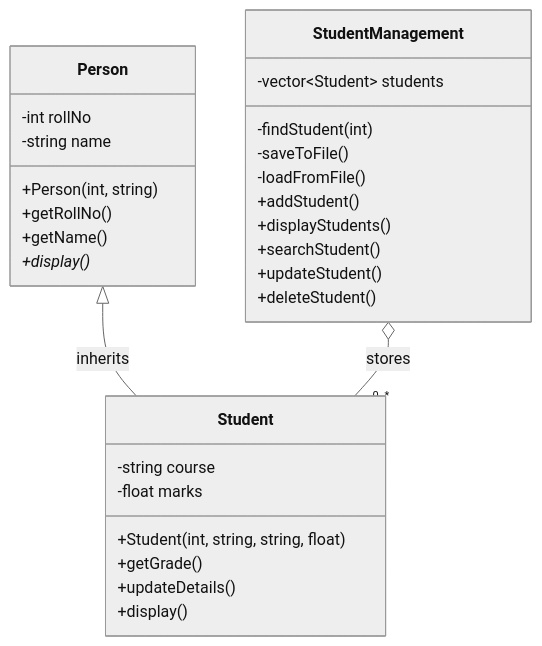
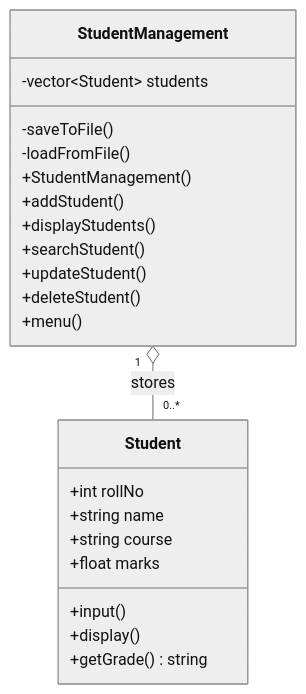
One commit to TED-GUSINGE/Student-Management-System changed the diagram in docs/class-diagram.mmd. Above: the diagram before and after it, drawn with Mermaid (neutral theme).

Commit message:
docs: correct class diagram for original source

```diff
--- a/docs/class-diagram.mmd
+++ b/docs/class-diagram.mmd
@@ -1,33 +1,25 @@
 classDiagram
-    class Person {
-        -int rollNo
-        -string name
-        +Person(int, string)
-        +getRollNo()
-        +getName()
-        +display()*
-    }
-
     class Student {
-        -string course
-        -float marks
-        +Student(int, string, string, float)
-        +getGrade()
-        +updateDetails()
+        +int rollNo
+        +string name
+        +string course
+        +float marks
+        +input()
         +display()
+        +getGrade() string
     }
 
     class StudentManagement {
         -vector~Student~ students
-        -findStudent(int)
         -saveToFile()
         -loadFromFile()
+        +StudentManagement()
         +addStudent()
         +displayStudents()
         +searchStudent()
         +updateStudent()
         +deleteStudent()
+        +menu()
     }
 
-    Person <|-- Student : inherits
-    StudentManagement o-- "0..*" Student : stores
+    StudentManagement "1" o-- "0..*" Student : stores
```
